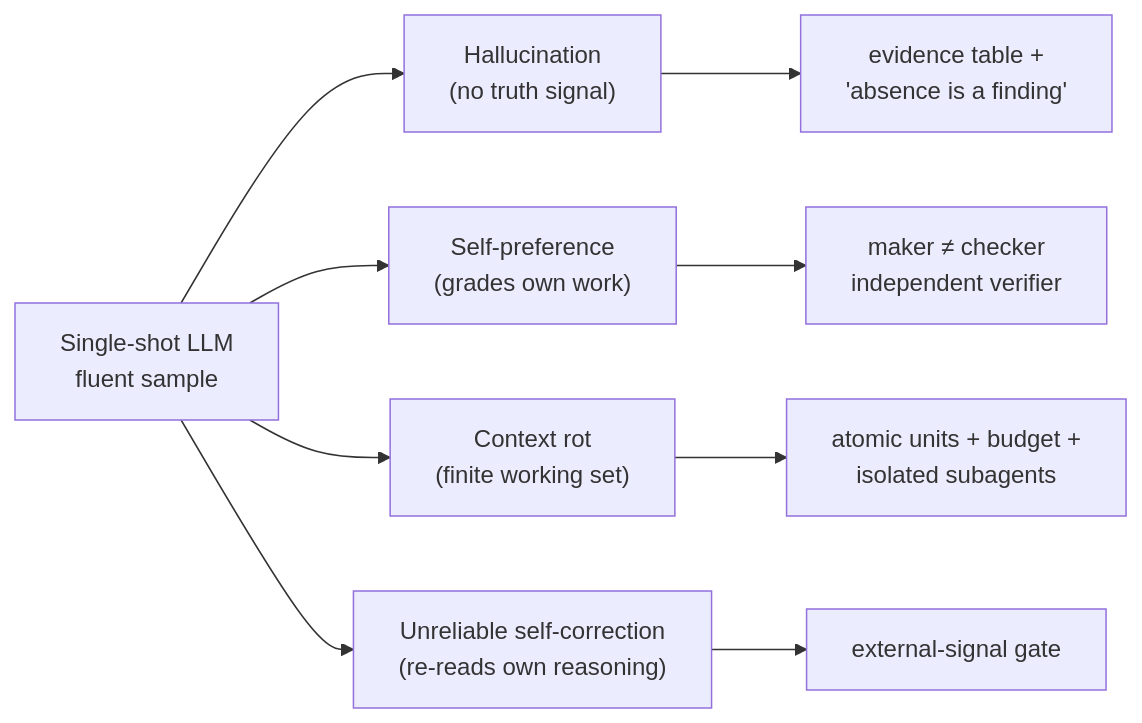
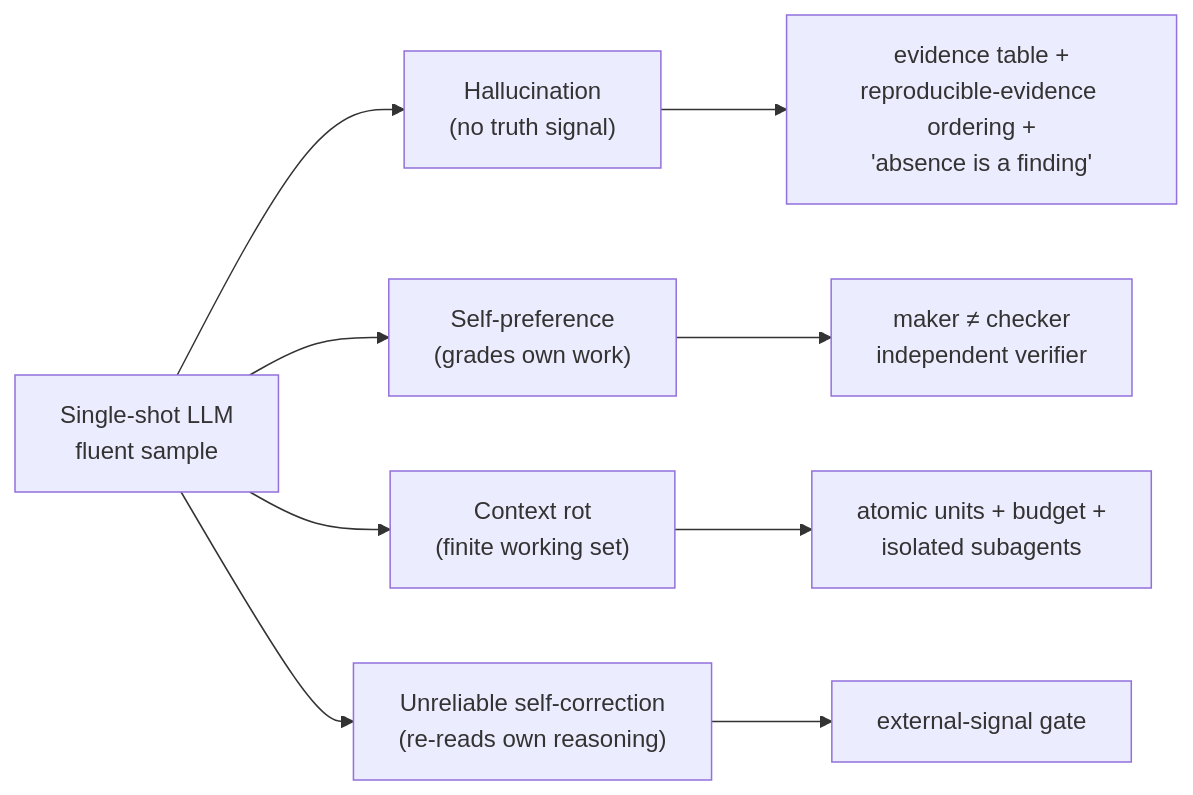
The first of 2 diagrams in wiki/02-llm-workings.md (wtp128pro/dag), drawn with Mermaid before and after one commit. The commit also changed other lines of this file and 15 other files, not shown here.

````diff
--- a/wiki/02-llm-workings.md
+++ b/wiki/02-llm-workings.md
@@ -19,11 +19,11 @@
 ```mermaid
 flowchart LR
   A["Single-shot LLM<br/>fluent sample"] --> H["Hallucination<br/>(no truth signal)"]
   A --> S["Self-preference<br/>(grades own work)"]
   A --> C["Context rot<br/>(finite working set)"]
   A --> I["Unreliable self-correction<br/>(re-reads own reasoning)"]
-  H --> H2["evidence table +<br/>'absence is a finding'"]
+  H --> H2["evidence table +<br/>reproducible-evidence ordering +<br/>'absence is a finding'"]
   S --> S2["maker ≠ checker<br/>independent verifier"]
   C --> C2["atomic units + budget +<br/>isolated subagents"]
   I --> I2["external-signal gate"]
 ```
````
